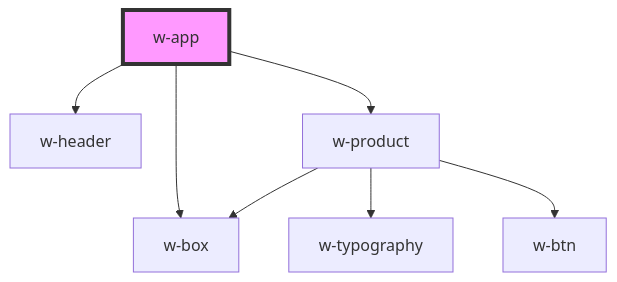
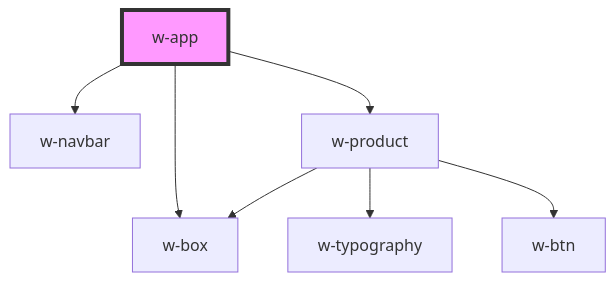
Before and after one commit to xe4me/woolies-design-system: the diagram in src/components/w-app/readme.md, drawn with Mermaid. The commit also changed other lines of this file and 9 other files, not shown here.

````diff
--- a/src/components/w-app/readme.md
+++ b/src/components/w-app/readme.md
@@ -17,10 +17,10 @@
 ```mermaid
 graph TD;
-  w-app --> w-header
+  w-app --> w-navbar
   w-app --> w-box
   w-app --> w-product
   w-product --> w-box
   w-product --> w-typography
   w-product --> w-btn
   style w-app fill:#f9f,stroke:#333,stroke-width:4px
 ```
````
